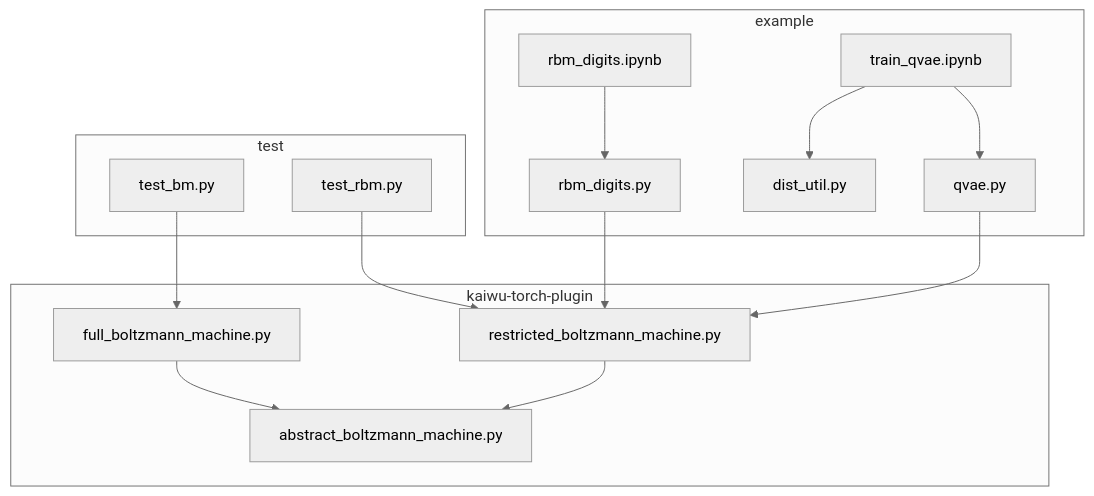
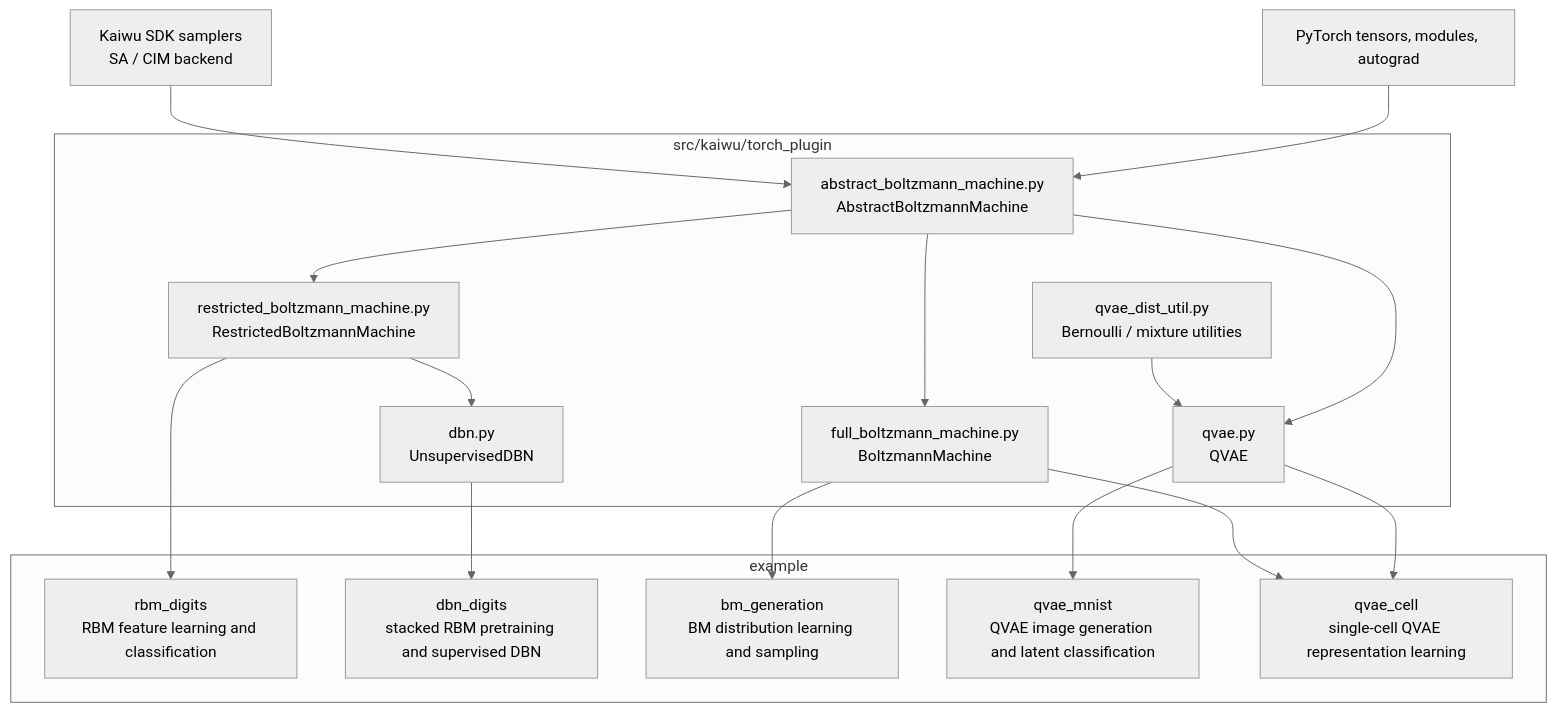
Before and after one commit to qboson/kaiwu-pytorch-plugin: the diagram in README.md, drawn with Mermaid (neutral theme). The commit also changed other lines of this file and 19 other files, not shown here.

First line of the commit message:
QVAE Cell (#137)

````diff
--- a/README.md
+++ b/README.md
@@ -15,18 +15,37 @@
 ```mermaid
-graph TD
-    subgraph kaiwu-torch-plugin
-        bm[full_boltzmann_machine.py] -->abm[abstract_boltzmann_machine.py]
-        rbm[restricted_boltzmann_machine.py] -->abm
+flowchart TD
+    torch[PyTorch tensors, modules, autograd]
+    kaiwu[Kaiwu SDK samplers<br/>SA / CIM backend]
+
+    subgraph plugin["src/kaiwu/torch_plugin"]
+        abm["abstract_boltzmann_machine.py<br/>AbstractBoltzmannMachine"]
+        bm["full_boltzmann_machine.py<br/>BoltzmannMachine"]
+        rbm["restricted_boltzmann_machine.py<br/>RestrictedBoltzmannMachine"]
+        qvae["qvae.py<br/>QVAE"]
+        dist["qvae_dist_util.py<br/>Bernoulli / mixture utilities"]
+        dbn["dbn.py<br/>UnsupervisedDBN"]
     end
-    subgraph example
-        rbm_example_d1[rbm_digits.py] --> rbm
-        rbm_example_d2[rbm_digits.ipynb] --> rbm_example_d1
-        rbm_example_v1[qvae.py] --> rbm
-        rbm_example_v2 --> rbm_example_v3[dist_util.py] 
-        rbm_example_v2[train_qvae.ipynb] --> rbm_example_v1
+
+    torch --> abm
+    kaiwu --> abm
+    abm --> bm
+    abm --> rbm
+    abm --> qvae
+    dist --> qvae
+    rbm --> dbn
+
+    subgraph examples["example"]
+        rbm_digits["rbm_digits<br/>RBM feature learning and classification"]
+        dbn_digits["dbn_digits<br/>stacked RBM pretraining and supervised DBN"]
+        bm_generation["bm_generation<br/>BM distribution learning and sampling"]
+        qvae_mnist["qvae_mnist<br/>QVAE image generation and latent classification"]
+        qvae_cell["qvae_cell<br/>single-cell QVAE representation learning"]
     end
-    subgraph test
-        test_bm[test_bm.py] --> bm
-        test_rbm[test_rbm.py] --> rbm
-    end
+
+    rbm --> rbm_digits
+    dbn --> dbn_digits
+    bm --> bm_generation
+    qvae --> qvae_mnist
+    qvae --> qvae_cell
+    bm --> qvae_cell
 ```
````
